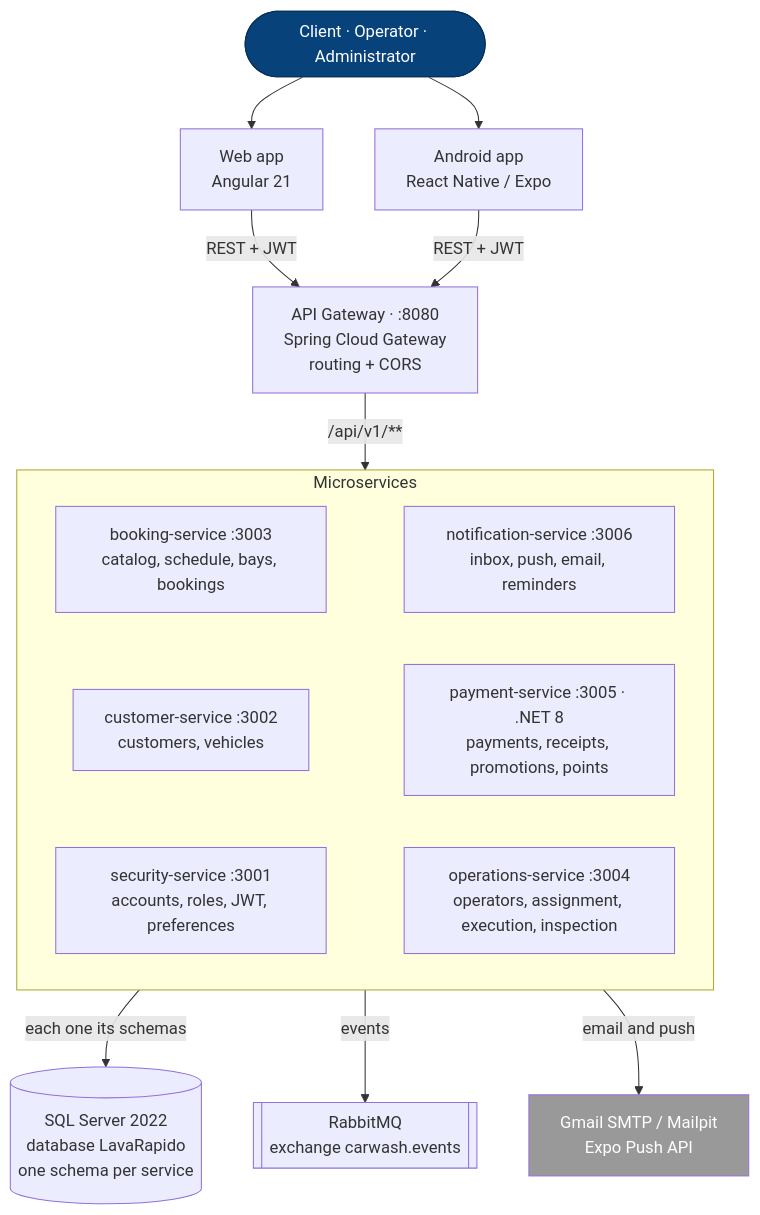
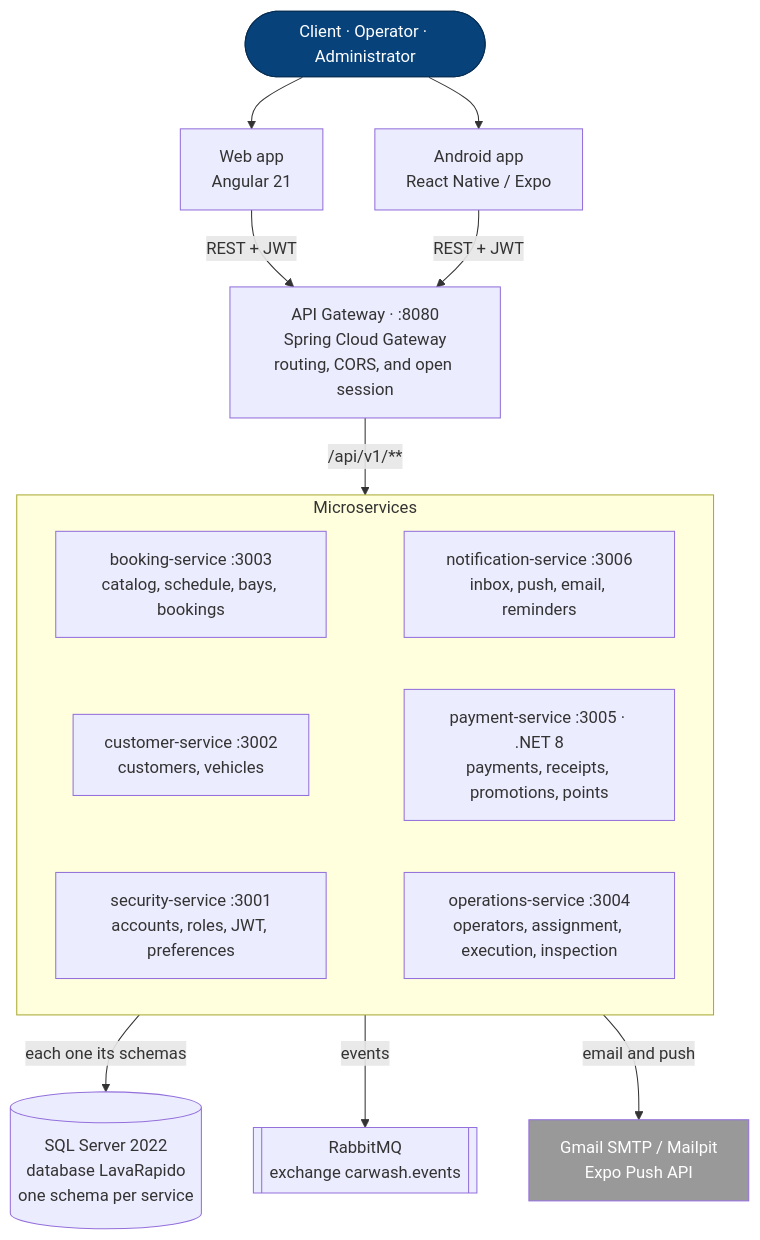
The first of 2 diagrams in 09_MANUALES/EN/MD/technical-manual.md (BrayanCABRERA123/lavarapido-docs), drawn with Mermaid before and after one commit. The commit also changed other lines of this file, not shown here.

````diff
--- a/09_MANUALES/EN/MD/technical-manual.md
+++ b/09_MANUALES/EN/MD/technical-manual.md
@@ -182,36 +183,36 @@
 ```mermaid
 flowchart TB
     people(["Client · Operator · Administrator"]):::person
     web["Web app<br/>Angular 21"]
     mobile["Android app<br/>React Native / Expo"]
-    gateway["API Gateway · :8080<br/>Spring Cloud Gateway<br/>routing + CORS"]
+    gateway["API Gateway · :8080<br/>Spring Cloud Gateway<br/>routing, CORS, and open session"]
 
     subgraph services["Microservices"]
         direction LR
         security["security-service :3001<br/>accounts, roles, JWT, preferences"]
         customer["customer-service :3002<br/>customers, vehicles"]
         booking["booking-service :3003<br/>catalog, schedule, bays, bookings"]
         operations["operations-service :3004<br/>operators, assignment, execution, inspection"]
         payment["payment-service :3005 · .NET 8<br/>payments, receipts, promotions, points"]
         notification["notification-service :3006<br/>inbox, push, email, reminders"]
         booking ~~~ notification
         customer ~~~ payment
         security ~~~ operations
     end
 
     sql[("SQL Server 2022<br/>database LavaRapido<br/>one schema per service")]
     rabbit[["RabbitMQ<br/>exchange carwash.events"]]
     ext["Gmail SMTP / Mailpit<br/>Expo Push API"]:::ext
 
     people --> web
     people --> mobile
     web -- "REST + JWT" --> gateway
     mobile -- "REST + JWT" --> gateway
     gateway -- "/api/v1/**" --> services
     services -- "each one its schemas" --> sql
     services -- "events" --> rabbit
     services -- "email and push" --> ext
 
     classDef person fill:#08427b,color:#fff,stroke:#052e56
     classDef ext fill:#999,color:#fff
 ```
````
